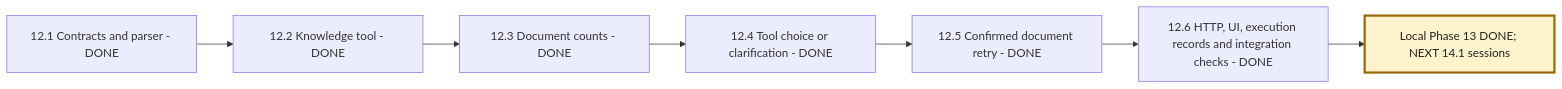
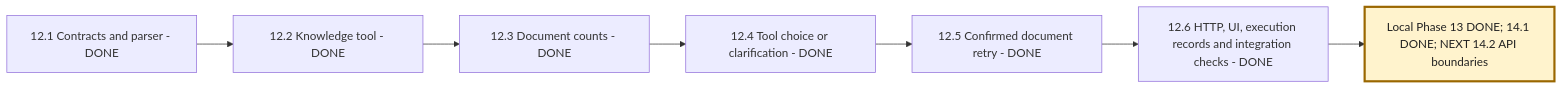
Before and after one commit to msdian0007/nexaAi: the fourth of 6 diagrams in NEXAAI_ROADMAP.md, drawn with Mermaid. The commit also changed other lines of this file and 26 other files, not shown here.

````diff
--- a/NEXAAI_ROADMAP.md
+++ b/NEXAAI_ROADMAP.md
@@ -306,10 +307,10 @@
 ```mermaid
 flowchart LR
     A[12.1 Contracts and parser - DONE] --> B[12.2 Knowledge tool - DONE]
     B --> C[12.3 Document counts - DONE]
     C --> D[12.4 Tool choice or clarification - DONE]
     D --> E[12.5 Confirmed document retry - DONE]
     E --> F[12.6 HTTP, UI, execution records and integration checks - DONE]
-    F --> G[Local Phase 13 DONE; NEXT 14.1 sessions]
+    F --> G[Local Phase 13 DONE; 14.1 DONE; NEXT 14.2 API boundaries]
     style G fill:#fff3cd,stroke:#9a6700,stroke-width:3px,color:#222
 ```
````
